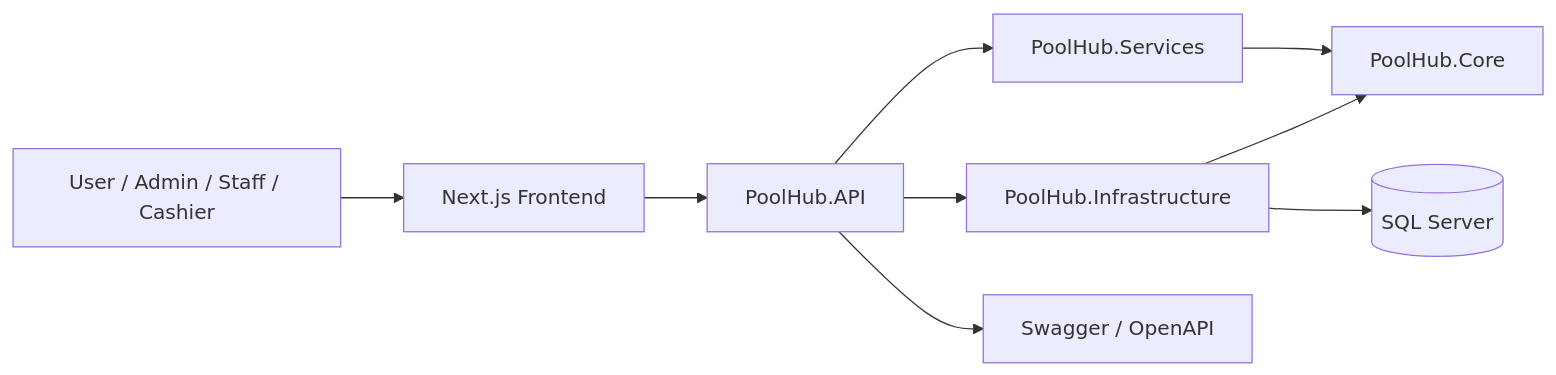
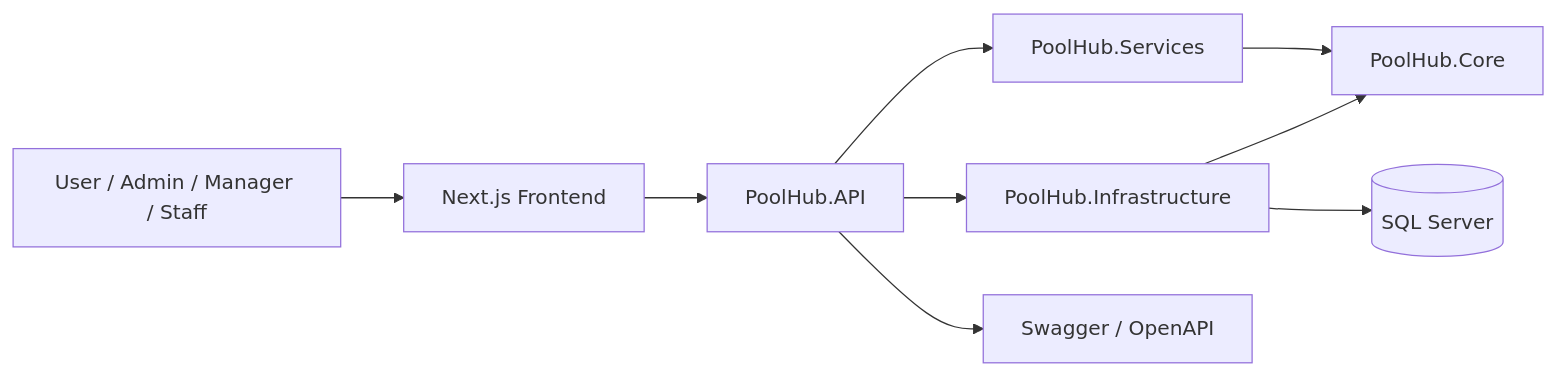
One commit to nguyenhuy238/pool-hub changed the diagram in docs/ai/SYSTEM_ARCHITECTURE.md. Above: the diagram before and after it, drawn with Mermaid. The commit also changed 50 other files, not shown here.

````diff
--- a/docs/ai/SYSTEM_ARCHITECTURE.md
+++ b/docs/ai/SYSTEM_ARCHITECTURE.md
@@ -6,11 +6,11 @@
 ```mermaid
 flowchart LR
-  U[User / Admin / Staff / Cashier] --> F[Next.js Frontend]
+  U[User / Admin / Manager / Staff] --> F[Next.js Frontend]
   F --> A[PoolHub.API]
   A --> S[PoolHub.Services]
   A --> I[PoolHub.Infrastructure]
   S --> C[PoolHub.Core]
   I --> C
   I --> D[(SQL Server)]
   A --> SW[Swagger / OpenAPI]
 ```
````
